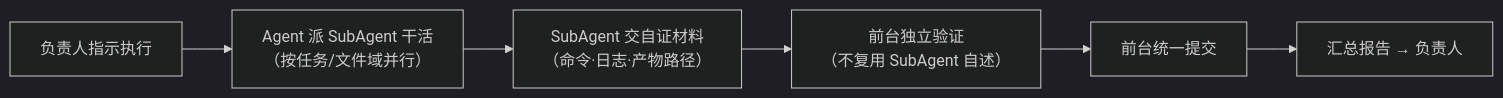
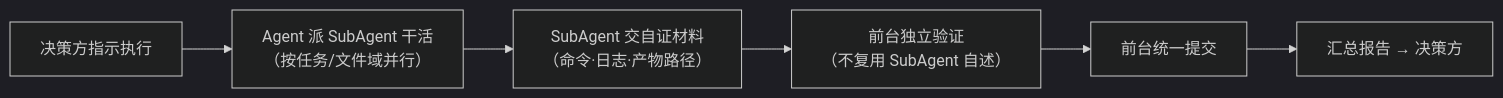
One commit to fujiaze/Astro-CS-Database changed the third of 4 diagrams in CONTROL_PACK_SPEC.md. Above: the diagram before and after it, drawn with Mermaid (dark theme). The commit also changed other lines of this file and 14 other files, not shown here.

````diff
--- a/CONTROL_PACK_SPEC.md
+++ b/CONTROL_PACK_SPEC.md
@@ -146,8 +148,8 @@
 ```mermaid
 flowchart LR
-    A["负责人指示执行"] --> B["Agent 派 SubAgent 干活<br/>（按任务/文件域并行）"]
+    A["决策方指示执行"] --> B["Agent 派 SubAgent 干活<br/>（按任务/文件域并行）"]
     B --> C["SubAgent 交自证材料<br/>（命令·日志·产物路径）"]
     C --> D["前台独立验证<br/>（不复用 SubAgent 自述）"]
     D --> E["前台统一提交"]
-    E --> F["汇总报告 → 负责人"]
+    E --> F["汇总报告 → 决策方"]
 ```
````
